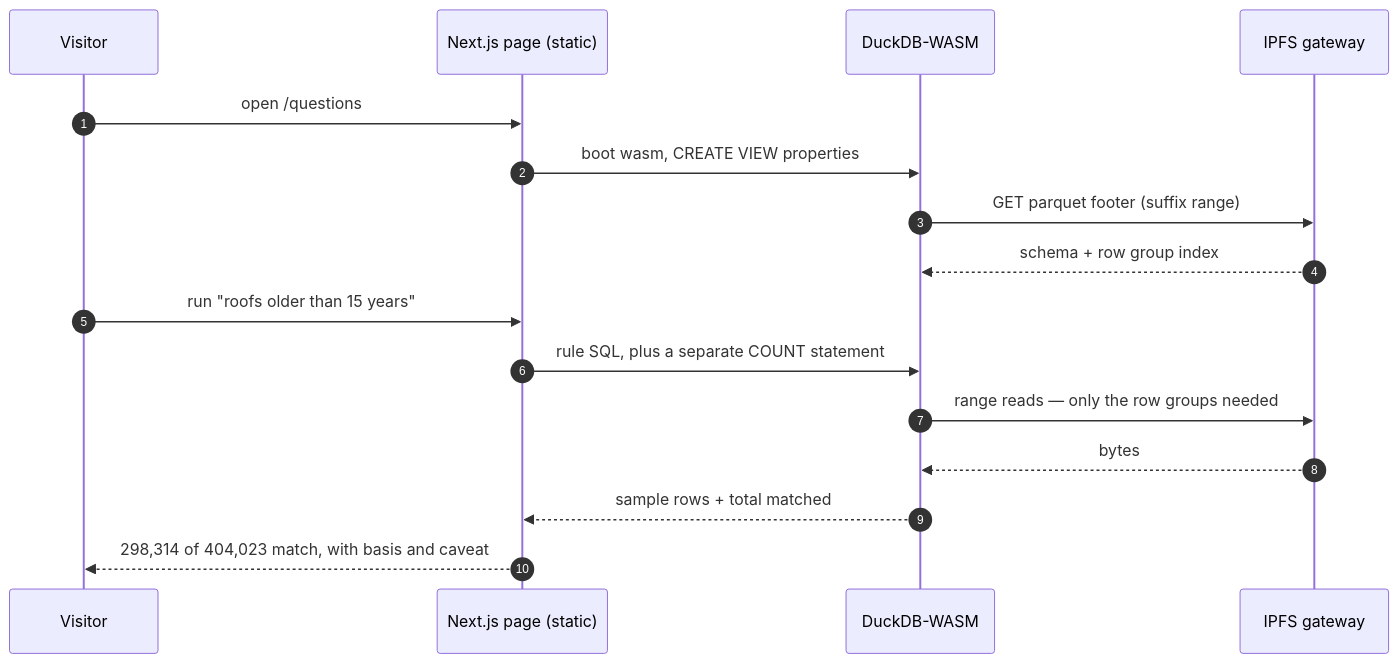
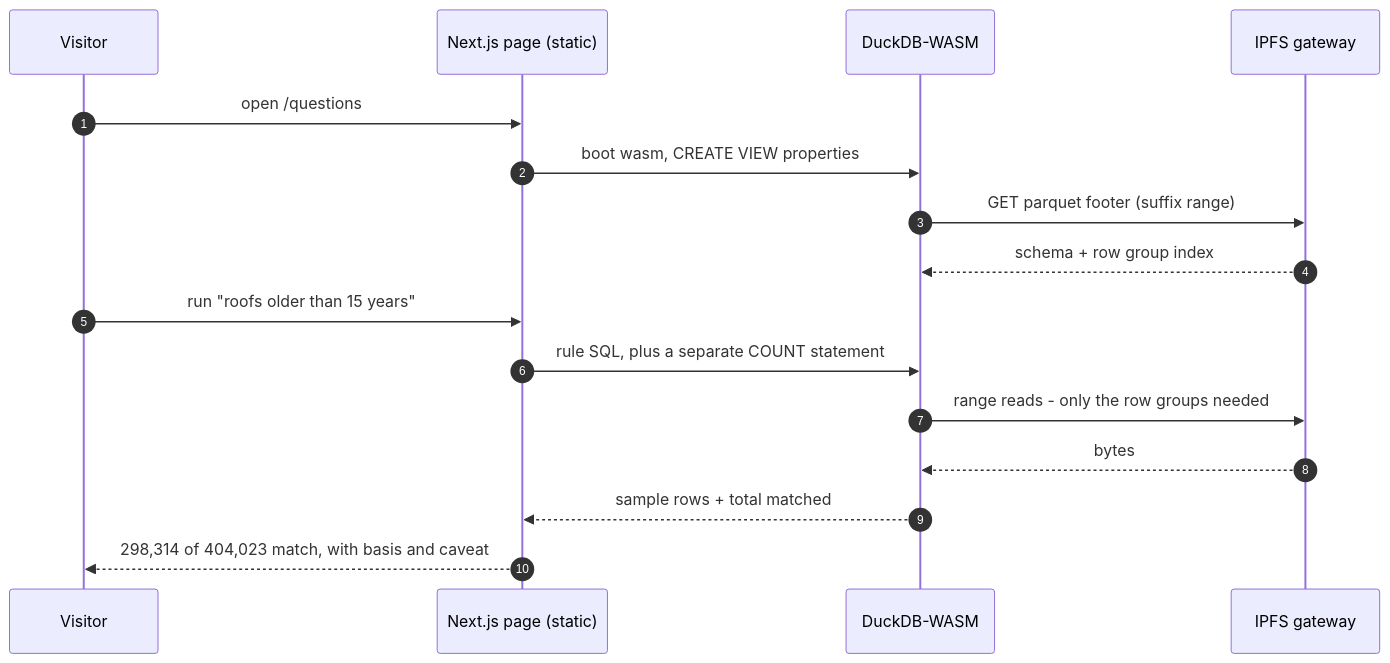
Before and after one commit to m-ratnikov/oracle-property-intelligence-platform-pipeline-duval-fl: the seventh of 9 diagrams in docs/ARCHITECTURE.md, drawn with Mermaid. The commit also changed other lines of this file and 43 other files, not shown here.

````diff
--- a/docs/ARCHITECTURE.md
+++ b/docs/ARCHITECTURE.md
@@ -298,19 +303,19 @@
 ```mermaid
 sequenceDiagram
     autonumber
     participant U as Visitor
     participant App as Next.js page (static)
     participant W as DuckDB-WASM
     participant GW as IPFS gateway
 
     U->>App: open /questions
     App->>W: boot wasm, CREATE VIEW properties
     W->>GW: GET parquet footer (suffix range)
     GW-->>W: schema + row group index
     U->>App: run "roofs older than 15 years"
     App->>W: rule SQL, plus a separate COUNT statement
-    W->>GW: range reads — only the row groups needed
+    W->>GW: range reads - only the row groups needed
     GW-->>W: bytes
     W-->>App: sample rows + total matched
     App-->>U: 298,314 of 404,023 match, with basis and caveat
 ```
````
